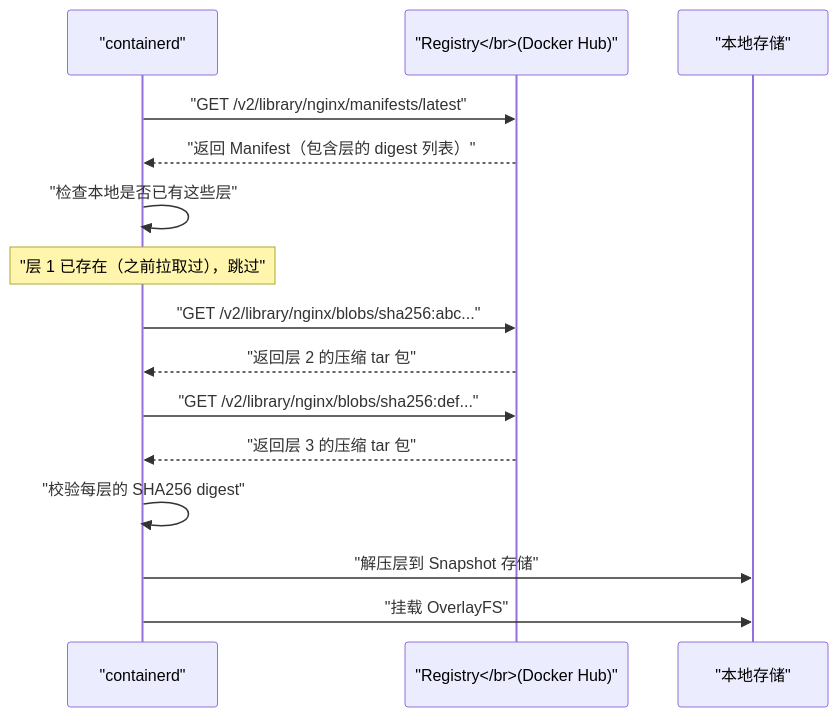
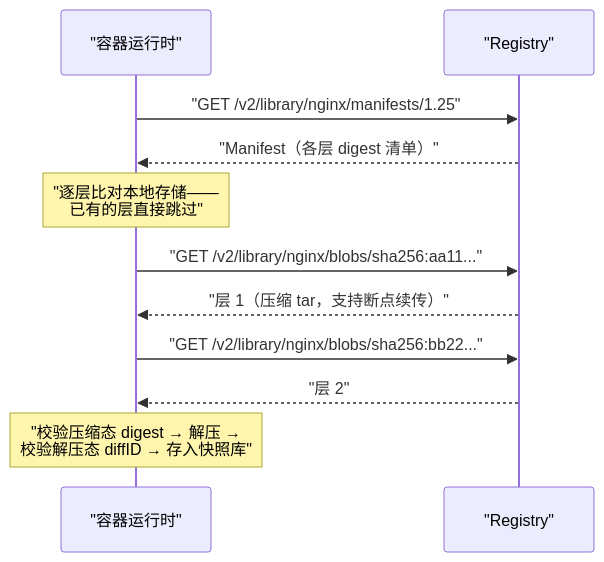
The third of 3 diagrams in content/云原生/Docker/04 UnionFS 与容器镜像原理.md (hpliStartAgain/my-brain), drawn with Mermaid before and after one commit. The commit also changed other lines of this file and 47 other files, not shown here.

````diff
--- a/content/云原生/Docker/04 UnionFS 与容器镜像原理.md
+++ b/content/云原生/Docker/04 UnionFS 与容器镜像原理.md
@@ -301,24 +354,15 @@
 ```mermaid
 %%{init: {'theme': 'dracula'}}%%
 sequenceDiagram
-    participant Client as "containerd"
-    participant Registry as "Registry</br>(Docker Hub)"
-    participant Storage as "本地存储"
+    participant C as "容器运行时"
+    participant R as "Registry"
 
-    Client->>Registry: "GET /v2/library/nginx/manifests/latest"
-    Registry-->>Client: "返回 Manifest（包含层的 digest 列表）"
-    
-    Client->>Client: "检查本地是否已有这些层"
-    
-    Note over Client: "层 1 已存在（之前拉取过），跳过"
-    
-    Client->>Registry: "GET /v2/library/nginx/blobs/sha256:abc..."
-    Registry-->>Client: "返回层 2 的压缩 tar 包"
-    
-    Client->>Registry: "GET /v2/library/nginx/blobs/sha256:def..."
-    Registry-->>Client: "返回层 3 的压缩 tar 包"
-    
-    Client->>Client: "校验每层的 SHA256 digest"
-    Client->>Storage: "解压层到 Snapshot 存储"
-    Client->>Storage: "挂载 OverlayFS"
+    C->>R: "GET /v2/library/nginx/manifests/1.25"
+    R-->>C: "Manifest（各层 digest 清单）"
+    Note over C: "逐层比对本地存储——<br>已有的层直接跳过"
+    C->>R: "GET /v2/library/nginx/blobs/sha256:aa11..."
+    R-->>C: "层 1（压缩 tar，支持断点续传）"
+    C->>R: "GET /v2/library/nginx/blobs/sha256:bb22..."
+    R-->>C: "层 2"
+    Note over C: "校验压缩态 digest → 解压 →<br>校验解压态 diffID → 存入快照库"
 ```
````
